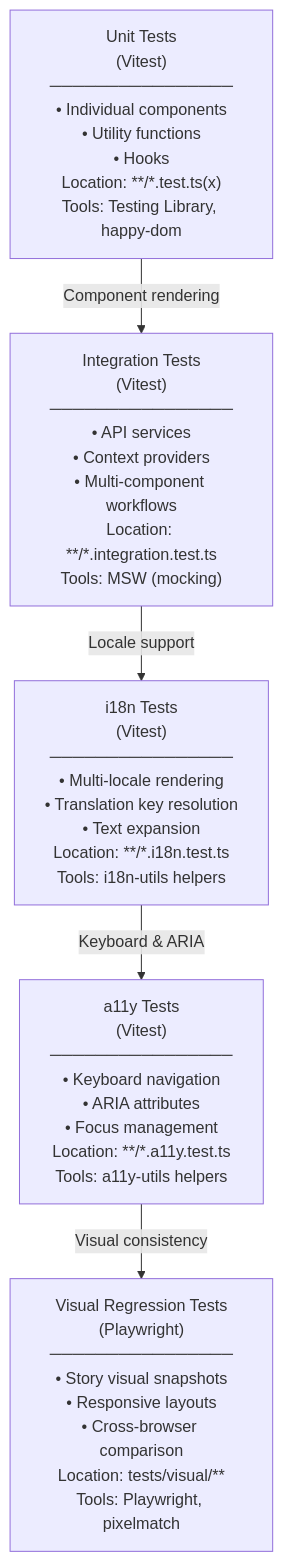
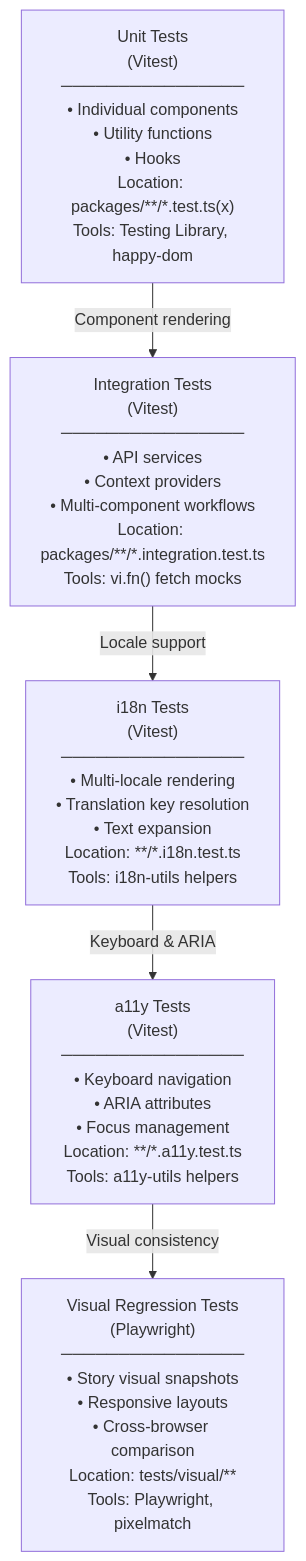
The diagram in docs/testing.md (RamonAlcantaraArceo/petstore-ui), drawn with Mermaid before and after one commit. The commit also changed other lines of this file and 64 other files, not shown here.

````diff
--- a/docs/testing.md
+++ b/docs/testing.md
@@ -9,17 +9,17 @@
 ```mermaid
 graph TD
-    UNIT["Unit Tests<br/>(Vitest)<br/>────────────────<br/>• Individual components<br/>• Utility functions<br/>• Hooks<br/>Location: **/*.test.ts(x)<br/>Tools: Testing Library, happy-dom"]
+    UNIT["Unit Tests<br/>(Vitest)<br/>────────────────<br/>• Individual components<br/>• Utility functions<br/>• Hooks<br/>Location: packages/**/*.test.ts(x)<br/>Tools: Testing Library, happy-dom"]
 
-    INTEGRATION["Integration Tests<br/>(Vitest)<br/>────────────────<br/>• API services<br/>• Context providers<br/>• Multi-component workflows<br/>Location: **/*.integration.test.ts<br/>Tools: MSW (mocking)"]
+    INTEGRATION["Integration Tests<br/>(Vitest)<br/>────────────────<br/>• API services<br/>• Context providers<br/>• Multi-component workflows<br/>Location: packages/**/*.integration.test.ts<br/>Tools: vi.fn() fetch mocks"]
 
     I18N["i18n Tests<br/>(Vitest)<br/>────────────────<br/>• Multi-locale rendering<br/>• Translation key resolution<br/>• Text expansion<br/>Location: **/*.i18n.test.ts<br/>Tools: i18n-utils helpers"]
 
     A11Y["a11y Tests<br/>(Vitest)<br/>────────────────<br/>• Keyboard navigation<br/>• ARIA attributes<br/>• Focus management<br/>Location: **/*.a11y.test.ts<br/>Tools: a11y-utils helpers"]
 
     VISUAL["Visual Regression Tests<br/>(Playwright)<br/>────────────────<br/>• Story visual snapshots<br/>• Responsive layouts<br/>• Cross-browser comparison<br/>Location: tests/visual/**<br/>Tools: Playwright, pixelmatch"]
 
     UNIT -->|Component rendering| INTEGRATION
     INTEGRATION -->|Locale support| I18N
     I18N -->|Keyboard & ARIA| A11Y
     A11Y -->|Visual consistency| VISUAL
 ```
````
